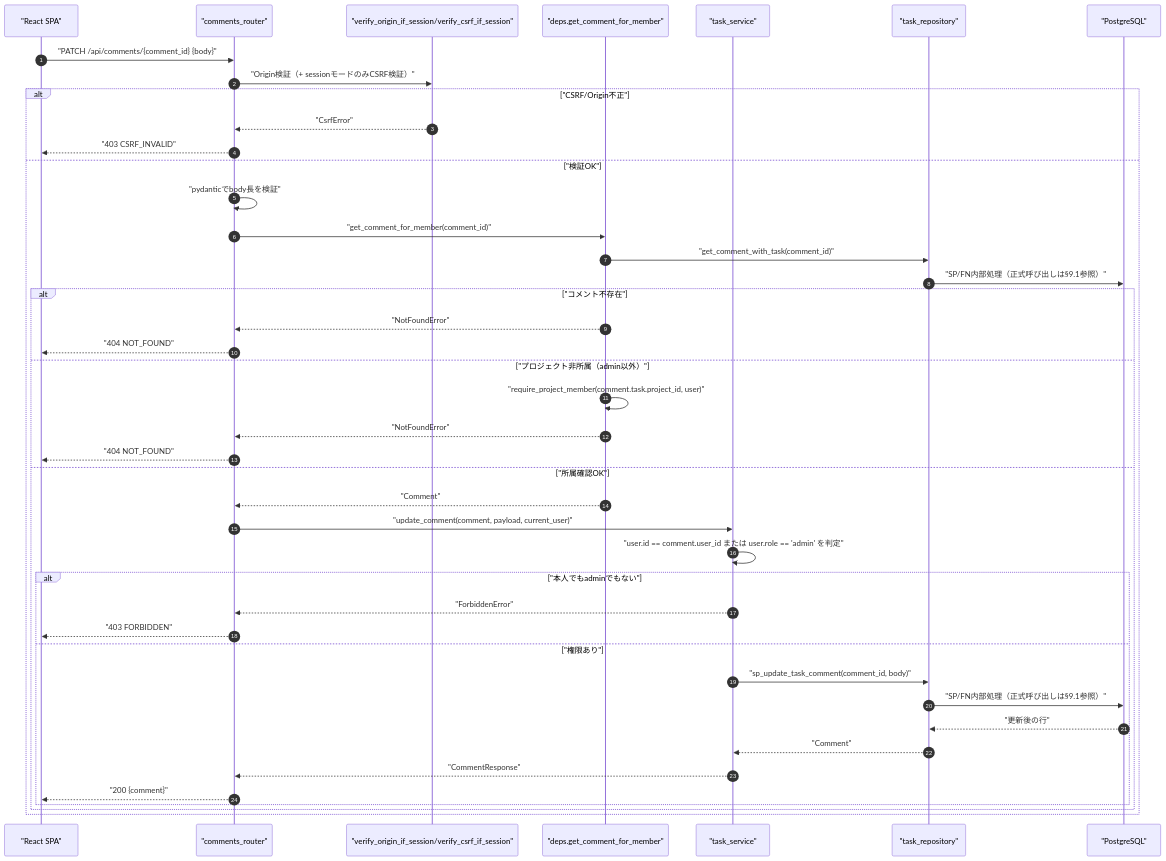
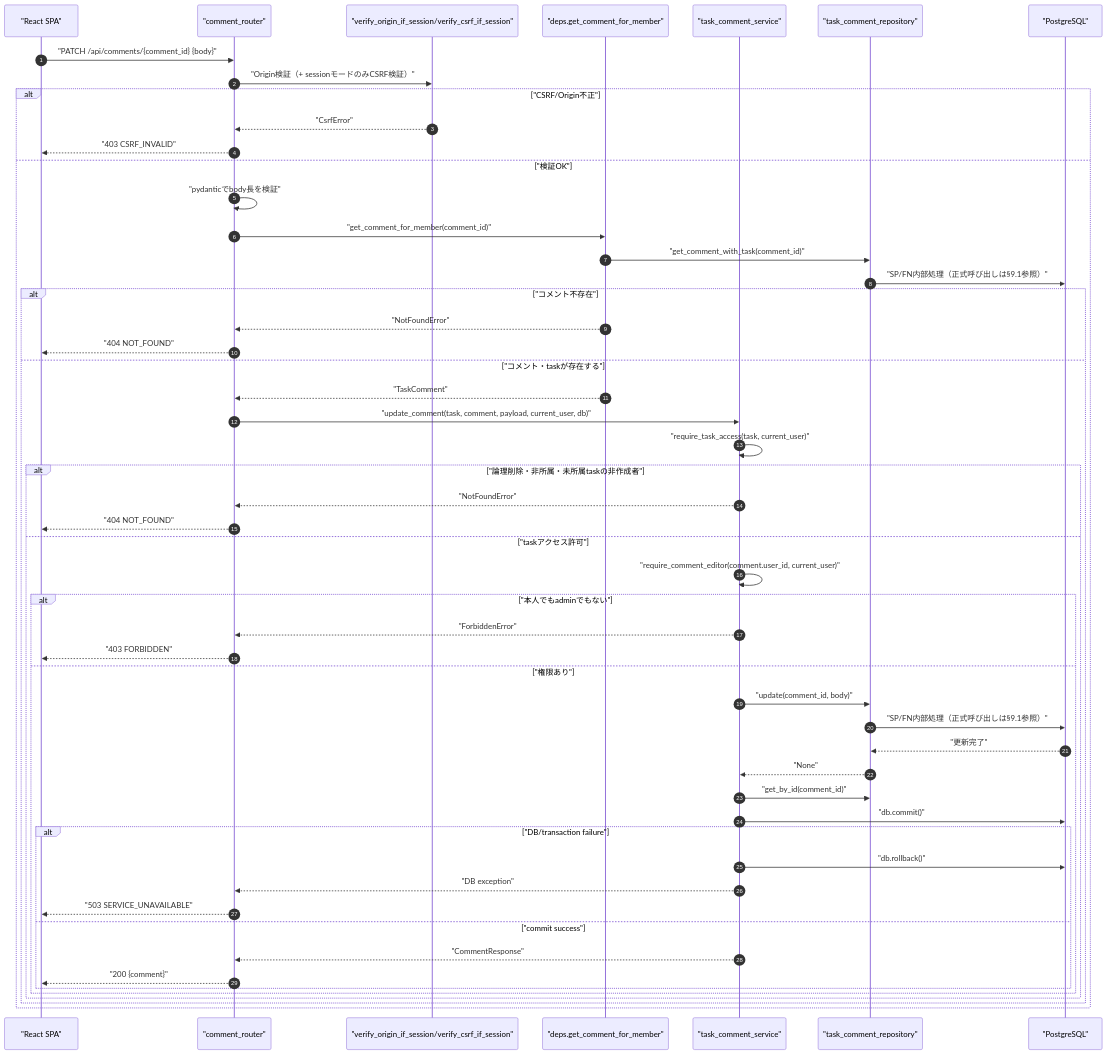
The first of 4 diagrams in docs/detailed_design/api/tasks/08_patch_comment.md (oikawa-d/task_management), drawn with Mermaid before and after one commit. The commit also changed other lines of this file and 8 other files, not shown here.

````diff
--- a/docs/detailed_design/api/tasks/08_patch_comment.md
+++ b/docs/detailed_design/api/tasks/08_patch_comment.md
@@ -97,46 +97,56 @@
 ```mermaid
 sequenceDiagram
     autonumber
     participant FE as "React SPA"
-    participant R as "comments_router"
+    participant R as "comment_router"
     participant V as "verify_origin_if_session/verify_csrf_if_session"
     participant D as "deps.get_comment_for_member"
-    participant S as "task_service"
-    participant TR as "task_repository"
+    participant S as "task_comment_service"
+    participant TR as "task_comment_repository"
     participant PG as "PostgreSQL"
 
     FE->>R: "PATCH /api/comments/{comment_id} {body}"
     R->>V: "Origin検証（+ sessionモードのみCSRF検証）"
     alt "CSRF/Origin不正"
         V-->>R: "CsrfError"
         R-->>FE: "403 CSRF_INVALID"
     else "検証OK"
         R->>R: "pydanticでbody長を検証"
         R->>D: "get_comment_for_member(comment_id)"
         D->>TR: "get_comment_with_task(comment_id)"
         TR->>PG: "SP/FN内部処理（正式呼び出しは§9.1参照）"
         alt "コメント不存在"
             D-->>R: "NotFoundError"
             R-->>FE: "404 NOT_FOUND"
-        else "プロジェクト非所属（admin以外）"
-            D->>D: "require_project_member(comment.task.project_id, user)"
-            D-->>R: "NotFoundError"
-            R-->>FE: "404 NOT_FOUND"
-        else "所属確認OK"
-            D-->>R: "Comment"
-            R->>S: "update_comment(comment, payload, current_user)"
-            S->>S: "user.id == comment.user_id または user.role == 'admin' を判定"
-            alt "本人でもadminでもない"
-                S-->>R: "ForbiddenError"
-                R-->>FE: "403 FORBIDDEN"
-            else "権限あり"
-                S->>TR: "sp_update_task_comment(comment_id, body)"
+        else "コメント・taskが存在する"
+            D-->>R: "TaskComment"
+            R->>S: "update_comment(task, comment, payload, current_user, db)"
+            S->>S: "require_task_access(task, current_user)"
+            alt "論理削除・非所属・未所属taskの非作成者"
+                S-->>R: "NotFoundError"
+                R-->>FE: "404 NOT_FOUND"
+            else "taskアクセス許可"
+                S->>S: "require_comment_editor(comment.user_id, current_user)"
+                alt "本人でもadminでもない"
+                    S-->>R: "ForbiddenError"
+                    R-->>FE: "403 FORBIDDEN"
+                else "権限あり"
+                S->>TR: "update(comment_id, body)"
                 TR->>PG: "SP/FN内部処理（正式呼び出しは§9.1参照）"
-                PG-->>TR: "更新後の行"
-                TR-->>S: "Comment"
-                S-->>R: "CommentResponse"
-                R-->>FE: "200 {comment}"
+                PG-->>TR: "更新完了"
+                TR-->>S: "None"
+                S->>TR: "get_by_id(comment_id)"
+                S->>PG: "db.commit()"
+                alt "DB/transaction failure"
+                    S->>PG: "db.rollback()"
+                    S-->>R: "DB exception"
+                    R-->>FE: "503 SERVICE_UNAVAILABLE"
+                else "commit success"
+                    S-->>R: "CommentResponse"
+                    R-->>FE: "200 {comment}"
+                end
+                end
             end
         end
     end
 ```
````
